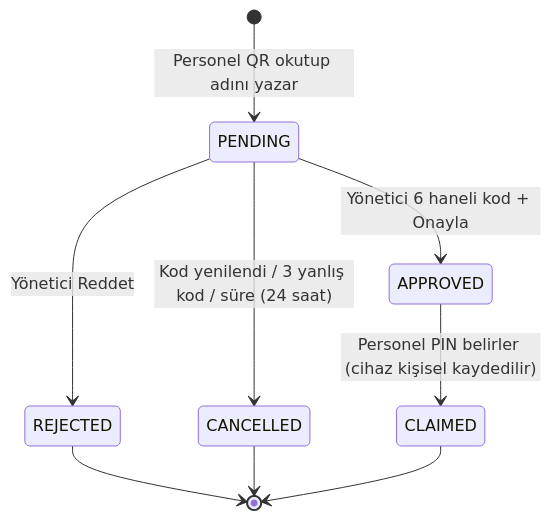
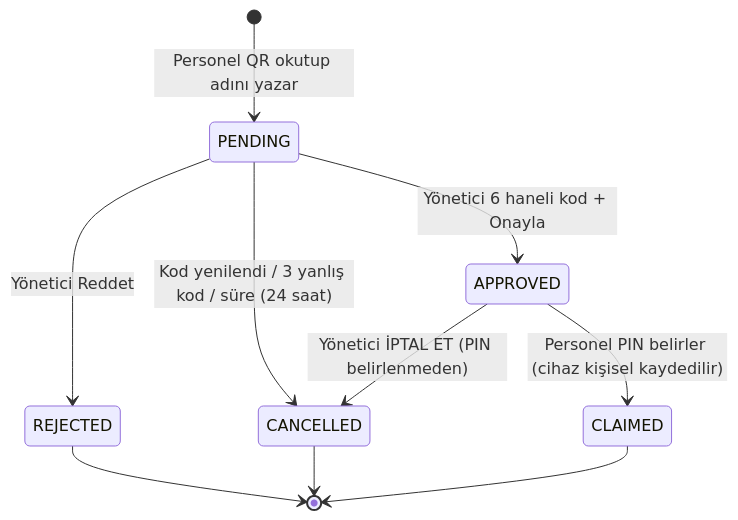
The fourth of 5 diagrams in docs/fonksiyonel-mimari/02a-kimlik-ekip-yetki.md (shosgoren/EtkinWMS), drawn with Mermaid before and after one commit. The commit also changed other lines of this file and 10 other files, not shown here.

````diff
--- a/docs/fonksiyonel-mimari/02a-kimlik-ekip-yetki.md
+++ b/docs/fonksiyonel-mimari/02a-kimlik-ekip-yetki.md
@@ -271,11 +287,12 @@
 ```mermaid
 stateDiagram-v2
   [*] --> PENDING: Personel QR okutup adını yazar
   PENDING --> APPROVED: Yönetici 6 haneli kod + Onayla
   PENDING --> REJECTED: Yönetici Reddet
   PENDING --> CANCELLED: Kod yenilendi / 3 yanlış kod / süre (24 saat)
+  APPROVED --> CANCELLED: Yönetici İPTAL ET (PIN belirlenmeden)
   APPROVED --> CLAIMED: Personel PIN belirler (cihaz kişisel kaydedilir)
   REJECTED --> [*]
   CANCELLED --> [*]
   CLAIMED --> [*]
 ```
````
